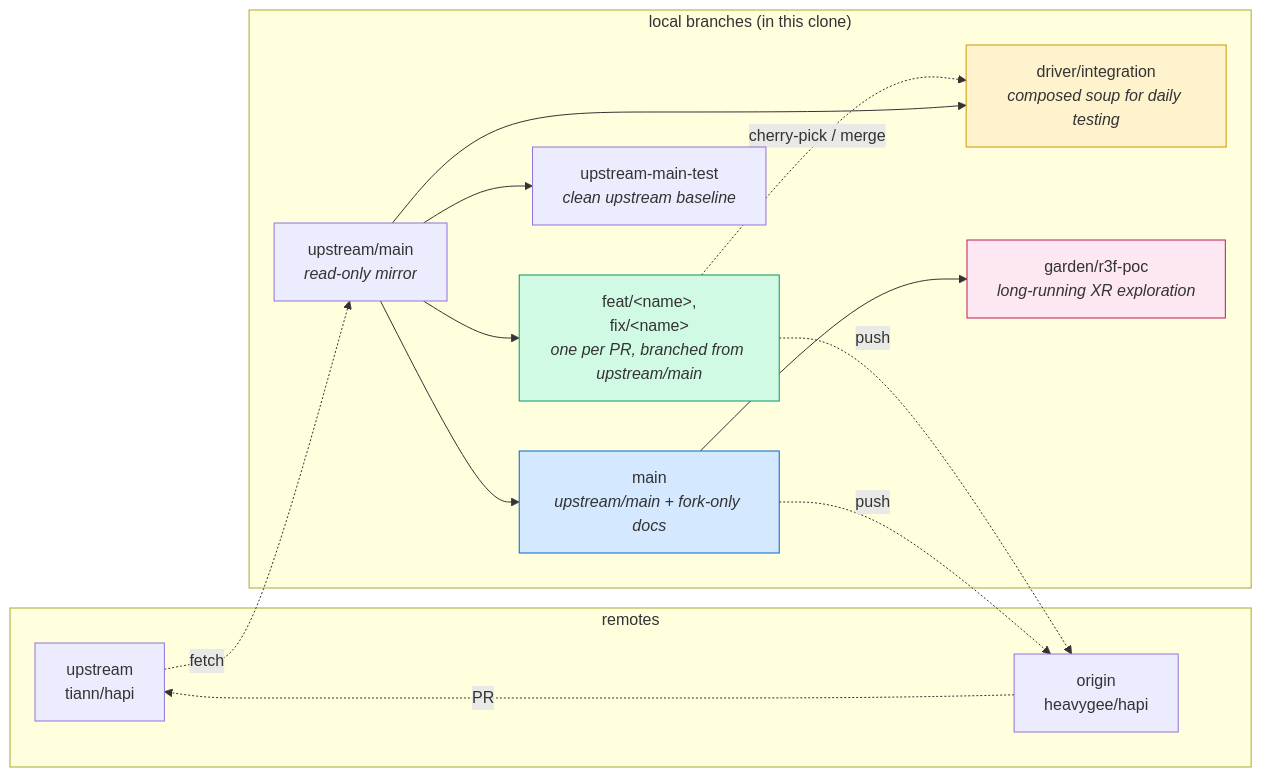
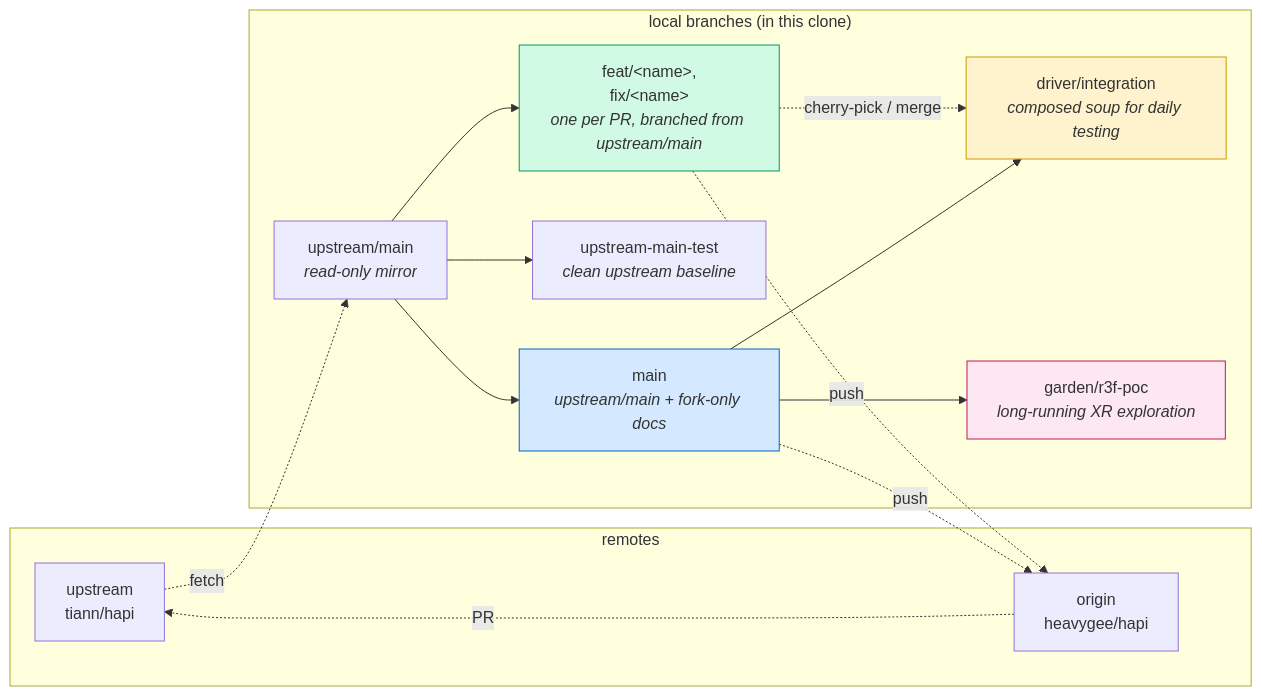
One commit to heavygee/hapi changed the second of 7 diagrams in docs/operator/repo-layout-and-dev-flow.md. Above: the diagram before and after it, drawn with Mermaid. The commit also changed other lines of this file and 6 other files, not shown here.

````diff
--- a/docs/operator/repo-layout-and-dev-flow.md
+++ b/docs/operator/repo-layout-and-dev-flow.md
@@ -78,32 +84,32 @@
 ```mermaid
 graph LR
     subgraph remotes
       US["upstream<br/>tiann/hapi"]
       OR["origin<br/>heavygee/hapi"]
     end
 
     subgraph local["local branches (in this clone)"]
       UM["upstream/main<br/><i>read-only mirror</i>"]
       MAIN["main<br/><i>upstream/main + fork-only docs</i>"]
       DI["driver/integration<br/><i>composed soup for daily testing</i>"]
       UMT["upstream-main-test<br/><i>clean upstream baseline</i>"]
       G["garden/r3f-poc<br/><i>long-running XR exploration</i>"]
       F["feat/&lt;name&gt;,<br/>fix/&lt;name&gt;<br/><i>one per PR, branched from upstream/main</i>"]
     end
 
     US -.fetch.-> UM
     UM --> MAIN
     MAIN -.push.-> OR
     UM --> F
     F -.push.-> OR
     OR -.PR.-> US
-    UM --> DI
+    MAIN --> DI
     F -.cherry-pick / merge.-> DI
     UM --> UMT
     MAIN --> G
 
     style MAIN fill:#d4e8ff,stroke:#0066cc
     style DI fill:#fff3cd,stroke:#cc9900
     style F fill:#d1fae5,stroke:#059669
     style G fill:#fce7f3,stroke:#be185d
 ```
````
